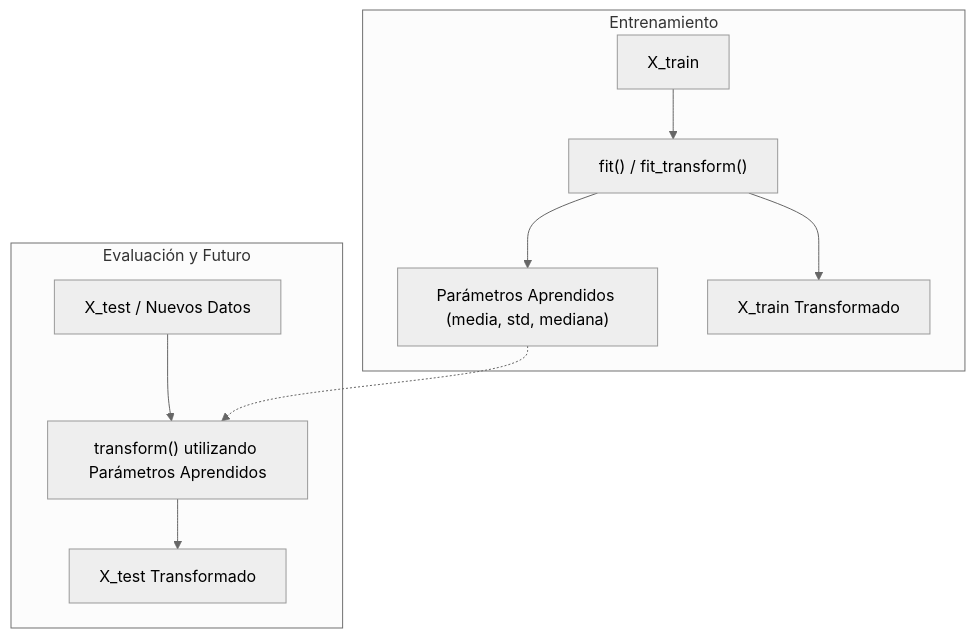
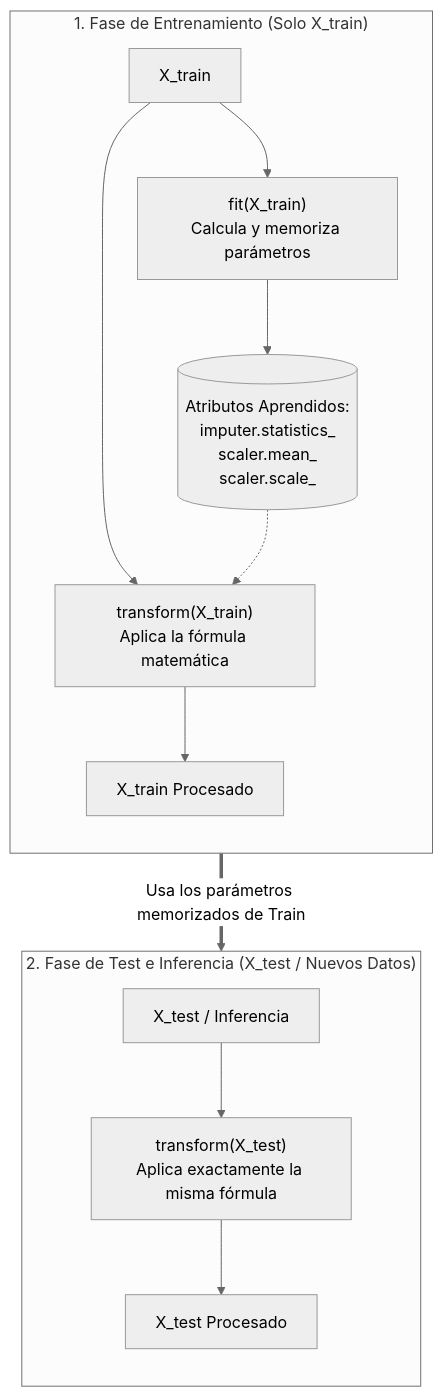
The first of 2 diagrams in docs/02_pia_2627/ut3_preparacion_analisis_datos/5-preprocesamiento-imputacion-escalado.md (acamarac02/DevTacora), drawn with Mermaid (neutral theme) before and after one commit. The commit also changed other lines of this file and 4 other files, not shown here.

````diff
--- a/docs/02_pia_2627/ut3_preparacion_analisis_datos/5-preprocesamiento-imputacion-escalado.md
+++ b/docs/02_pia_2627/ut3_preparacion_analisis_datos/5-preprocesamiento-imputacion-escalado.md
@@ -40,13 +47,18 @@
 ```mermaid
 flowchart TD
-    subgraph Entrenamiento
-        X_tr["X_train"] --> Fit["fit() / fit_transform()"]
-        Fit --> Params["Parámetros Aprendidos (media, std, mediana)"]
-        Fit --> X_tr_clean["X_train Transformado"]
+    subgraph FaseEntrenamiento ["1. Fase de Entrenamiento (Solo X_train)"]
+        direction TB
+        X_tr["X_train"] --> Fit["fit(X_train)<br/>Calcula y memoriza parámetros"]
+        Fit --> Params[("Atributos Aprendidos:<br/>imputer.statistics_<br/>scaler.mean_<br/>scaler.scale_")]
+        X_tr --> Trans1["transform(X_train)<br/>Aplica la fórmula matemática"]
+        Params -.-> Trans1
+        Trans1 --> X_tr_clean["X_train Procesado"]
     end
-    subgraph Evaluación y Futuro
-        X_te["X_test / Nuevos Datos"] --> Trans["transform() utilizando Parámetros Aprendidos"]
-        Params -.-> Trans
-        Trans --> X_te_clean["X_test Transformado"]
+
+    subgraph FaseEvaluacion ["2. Fase de Test e Inferencia (X_test / Nuevos Datos)"]
+        direction TB
+        X_te["X_test / Inferencia"] --> Trans2["transform(X_test)<br/>Aplica exactamente la misma fórmula"]
+        Params ==>|Usa los parámetros memorizados de Train| Trans2
+        Trans2 --> X_te_clean["X_test Procesado"]
     end
 ```
````
